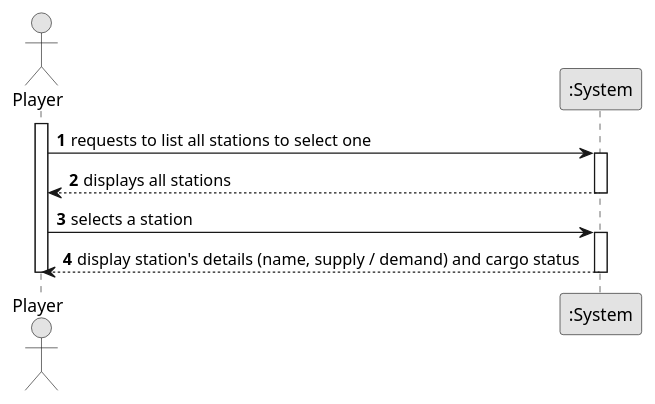
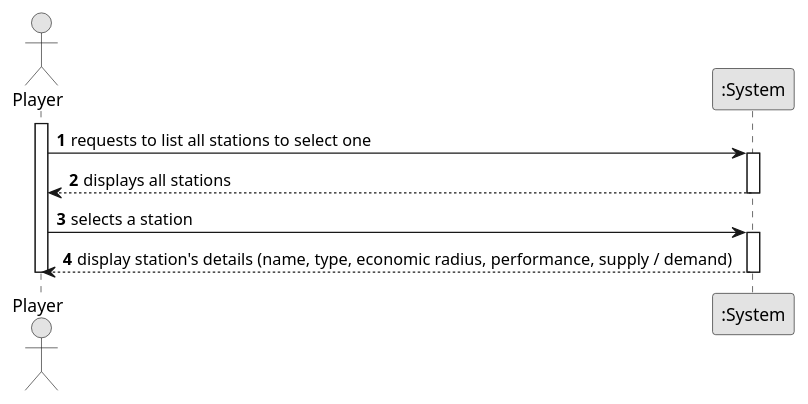
Before and after one commit to Educ00/mdisc-2425: the diagram in docs/system-documentation/sprint 1/US07/01.requirements-engineering/puml/US007-SSD.puml, drawn with PlantUML. The commit also changed 20 other files, not shown here.

```diff
--- a/docs/system-documentation/sprint 1/US07/01.requirements-engineering/puml/US007-SSD.puml
+++ b/docs/system-documentation/sprint 1/US07/01.requirements-engineering/puml/US007-SSD.puml
@@ -1,27 +1,27 @@
 @startuml
 skinparam monochrome true
 skinparam packageStyle rectangle
 skinparam shadowing false
 
 autonumber
 
 actor "Player" as Player
 participant ":System" as System
 
 activate Player
 
     Player -> System : requests to list all stations to select one
     activate System
 
         System --> Player : displays all stations
     deactivate System
 
     Player -> System : selects a station
     activate System
 
-        System --> Player : display station's details (name, supply / demand) and cargo status
+        System --> Player : display station's details (name, type, economic radius, performance, supply / demand)
     deactivate System
 
 deactivate Player
 
 @enduml
```
